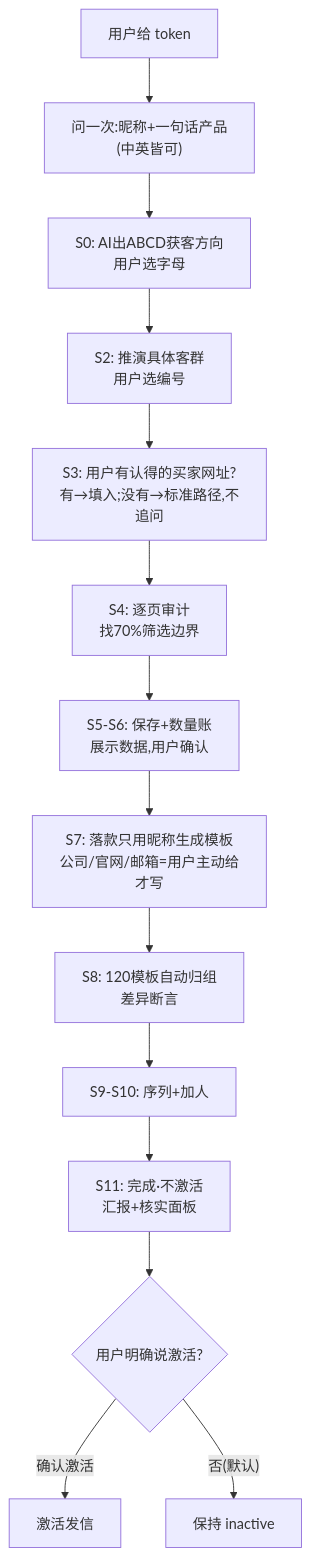
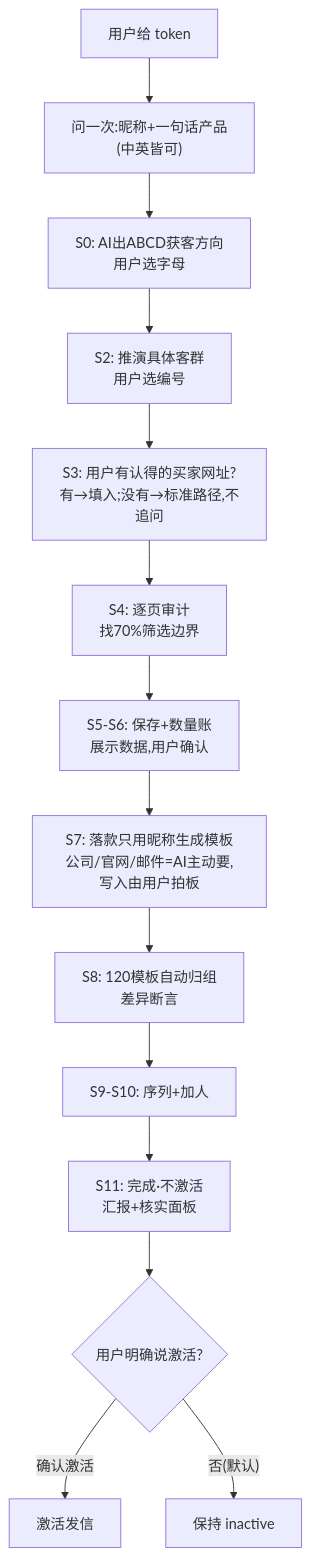
One commit to tony-apan/laifaxin-b2b-sales changed the diagram in SKILL.md. Above: the diagram before and after it, drawn with Mermaid. The commit also changed other lines of this file and 9 other files, not shown here.

````diff
--- a/SKILL.md
+++ b/SKILL.md
@@ -25,16 +25,16 @@
 ```mermaid
 flowchart TD
     T["用户给 token"] --> N["问一次:昵称+一句话产品<br/>(中英皆可)"]
     N --> S0["S0: AI出ABCD获客方向<br/>用户选字母"]
     S0 --> S2["S2: 推演具体客群<br/>用户选编号"]
     S2 --> S3["S3: 用户有认得的买家网址?<br/>有→填入;没有→标准路径,不追问"]
     S3 --> S4["S4: 逐页审计<br/>找70%筛选边界"]
     S4 --> S5["S5-S6: 保存+数量账<br/>展示数据,用户确认"]
-    S5 --> S7["S7: 落款只用昵称生成模板<br/>公司/官网/邮箱=用户主动给才写"]
+    S5 --> S7["S7: 落款只用昵称生成模板<br/>公司/官网/邮件=AI主动要,写入由用户拍板"]
     S7 --> S8["S8: 120模板自动归组<br/>差异断言"]
     S8 --> S9["S9-S10: 序列+加人"]
     S9 --> S11["S11: 完成·不激活<br/>汇报+核实面板"]
     S11 --> S12{"用户明确说激活?"}
     S12 -- "确认激活" --> ACT["激活发信"]
     S12 -- "否(默认)" --> WAIT["保持 inactive"]
 ```
````
